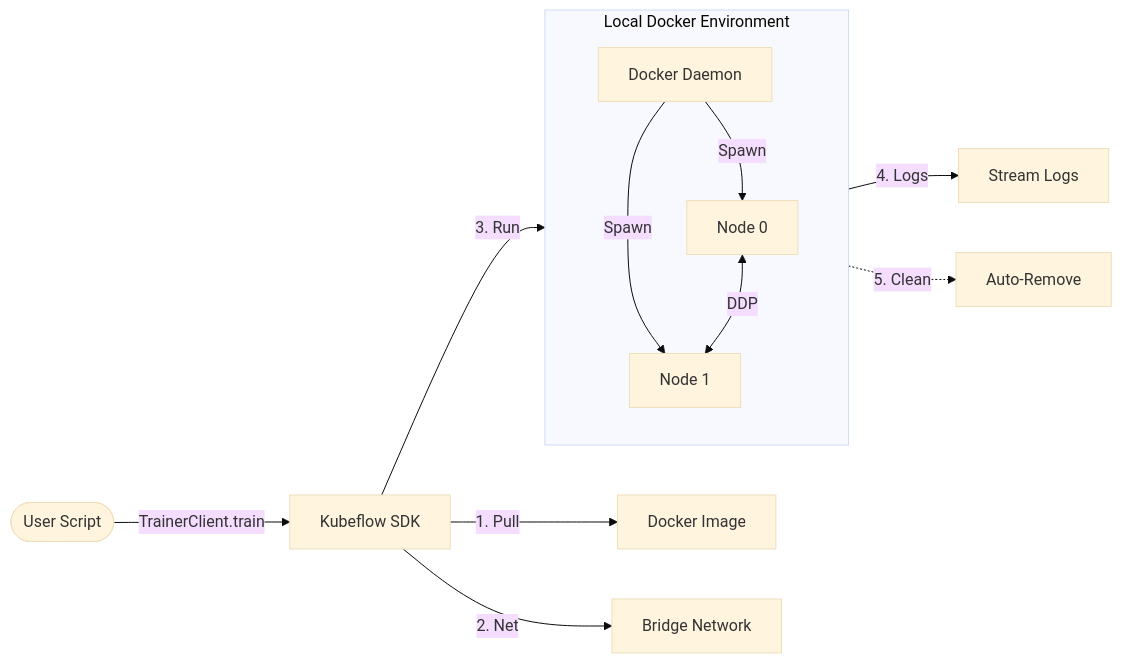
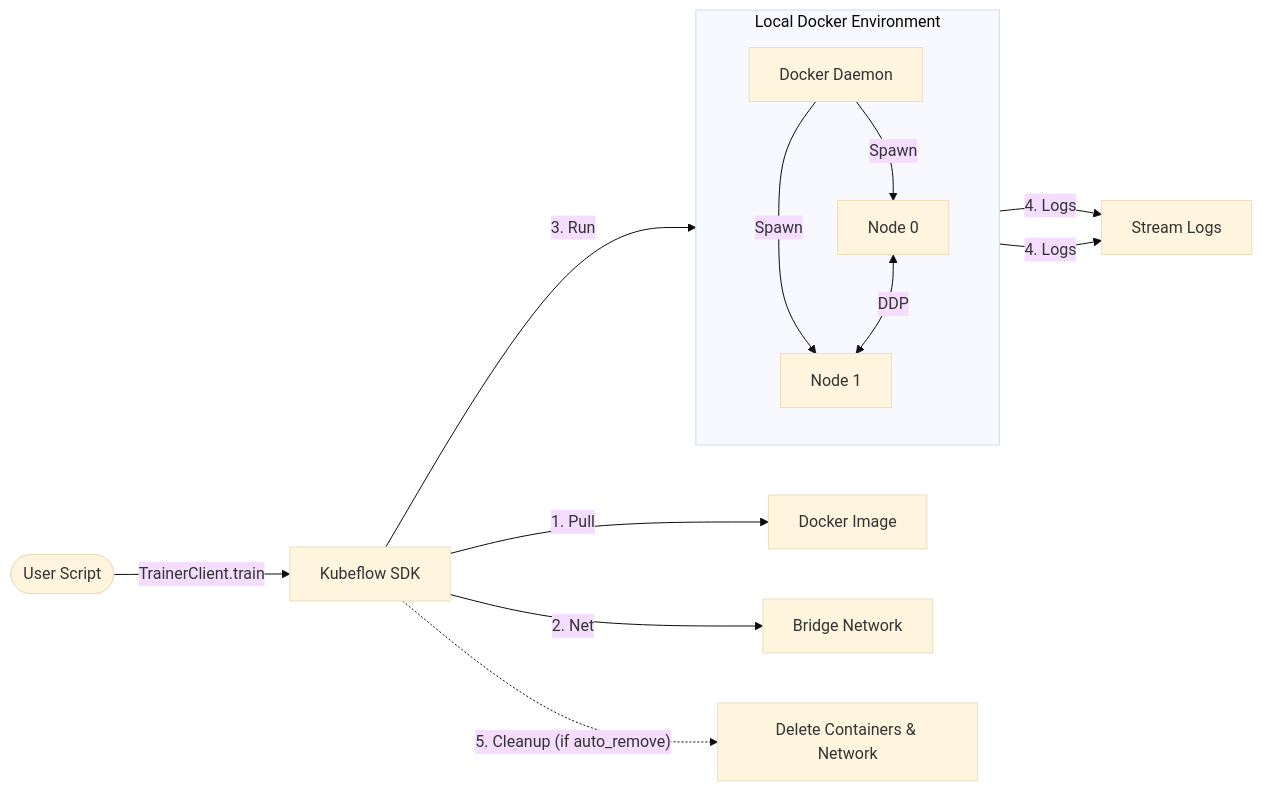
One commit to kubeflow/website changed the diagram in content/en/docs/components/trainer/user-guides/local-execution-mode/docker.md. Above: the diagram before and after it, drawn with Mermaid (base theme). The commit also changed 2 other files, not shown here.

Commit message:
docs(trainer): fix architecture diagrams and documentation accuracy
- docker.md: show logs streaming from all nodes, clarify conditional cleanup
- podman.md: correct architecture text (Docker→Podman), align diagram with implementation, remove incorrect workflow details
- local_process.md: update diagram to reflect bash script generation and single subprocess execution

These changes address reviewer feedback and align documentation with actual SDK implementation.

````diff
--- a/content/en/docs/components/trainer/user-guides/local-execution-mode/docker.md
+++ b/content/en/docs/components/trainer/user-guides/local-execution-mode/docker.md
@@ -22,18 +22,19 @@
 ```mermaid
 graph LR
     User([User Script]) -->|TrainerClient.train| SDK[Kubeflow SDK]
     
     SDK -->|1. Pull| Image[Docker Image]
     SDK -->|2. Net| Net[Bridge Network]
     SDK -->|3. Run| Daemon[Docker Daemon]
     
     subgraph DockerEnv [Local Docker Environment]
         direction TB
         Daemon -->|Spawn| C1[Node 0]
         Daemon -->|Spawn| C2[Node 1]
         C1 <-->|DDP| C2
     end
     
     C1 -->|4. Logs| Logs[Stream Logs]
-    C1 -.->|5. Clean| Remove[Auto-Remove]
+    C2 -->|4. Logs| Logs
+    SDK -.->|"5. Cleanup (if auto_remove)"| Remove[Delete Containers & Network]
 ```
````
